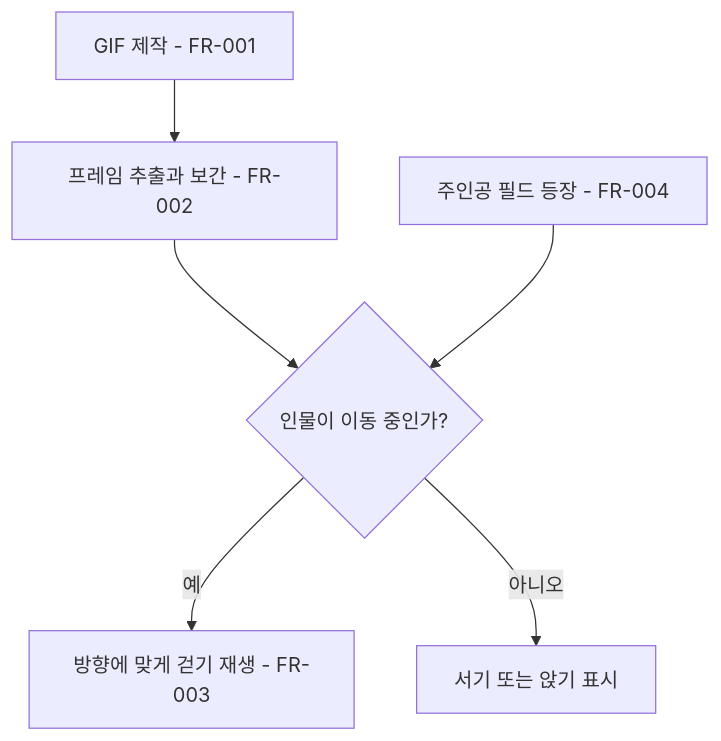
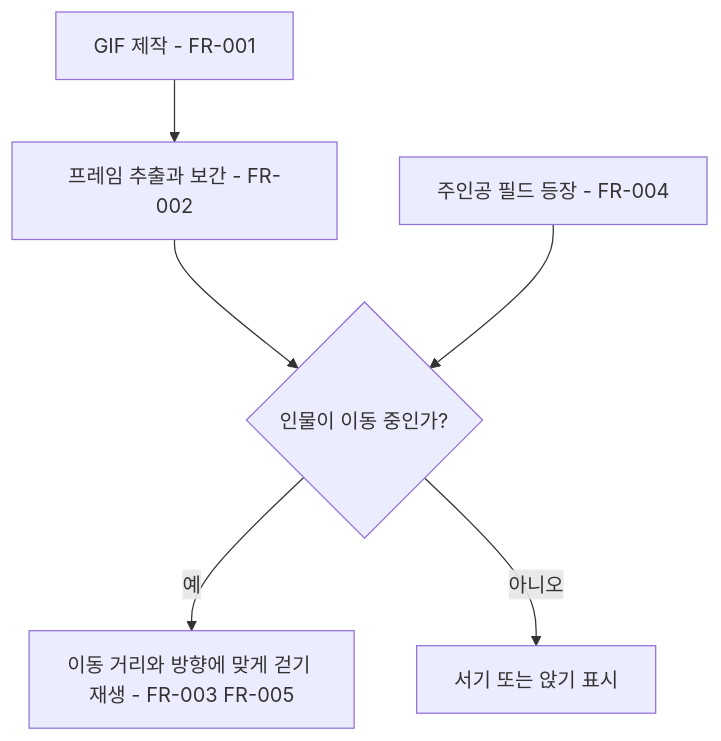
The diagram in docs/specs/010-walk-cycle-and-player.md (xpaklove12-lang/Corner1), drawn with Mermaid before and after one commit. The commit also changed other lines of this file and 69 other files, not shown here.

````diff
--- a/docs/specs/010-walk-cycle-and-player.md
+++ b/docs/specs/010-walk-cycle-and-player.md
@@ -40,8 +40,8 @@
 ```mermaid
 flowchart TD
     A[GIF 제작 - FR-001] --> B[프레임 추출과 보간 - FR-002]
     B --> C{인물이 이동 중인가?}
-    C -- 예 --> D[방향에 맞게 걷기 재생 - FR-003]
+    C -- 예 --> D[이동 거리와 방향에 맞게 걷기 재생 - FR-003 FR-005]
     C -- 아니오 --> E[서기 또는 앉기 표시]
     F[주인공 필드 등장 - FR-004] --> C
 ```
````
